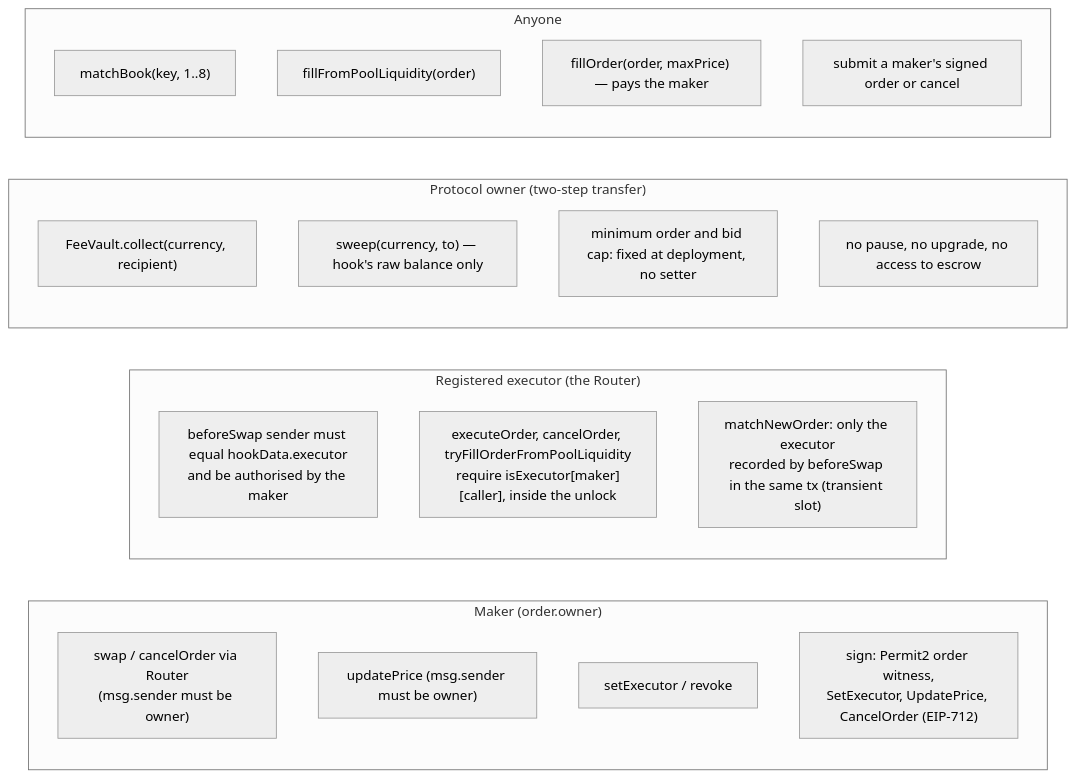
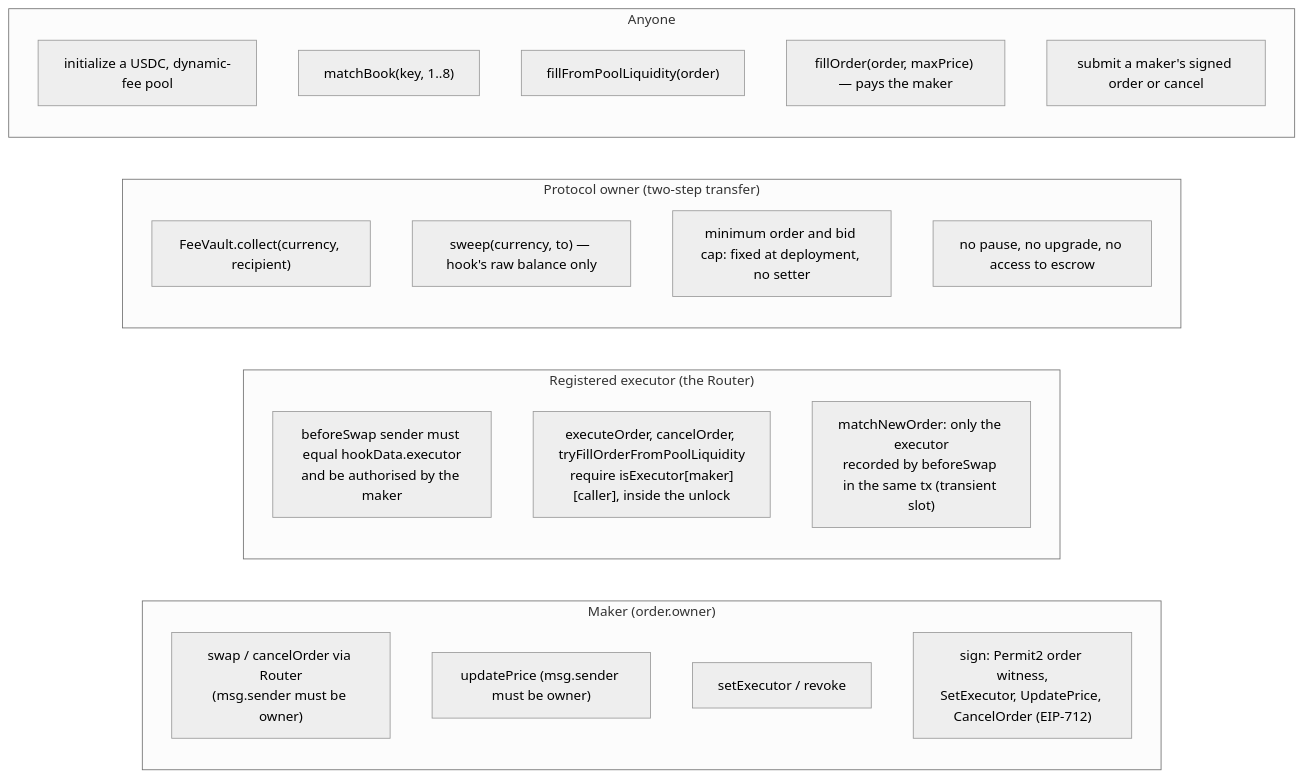
One commit to asyncswap/contracts changed the fourth of 5 diagrams in docs/protocol.md. Above: the diagram before and after it, drawn with Mermaid (neutral theme). The commit also changed other lines of this file and 5 other files, not shown here.

````diff
--- a/docs/protocol.md
+++ b/docs/protocol.md
@@ -223,26 +224,27 @@
 ```mermaid
 flowchart LR
     subgraph MakerRights["Maker (order.owner)"]
         m1["swap / cancelOrder via Router<br/>(msg.sender must be owner)"]
         m2["updatePrice (msg.sender must be owner)"]
         m3["setExecutor / revoke"]
         m4["sign: Permit2 order witness,<br/>SetExecutor, UpdatePrice, CancelOrder (EIP-712)"]
     end
     subgraph ExecutorRights["Registered executor (the Router)"]
         e1["beforeSwap sender must equal hookData.executor<br/>and be authorised by the maker"]
         e2["executeOrder, cancelOrder, tryFillOrderFromPoolLiquidity<br/>require isExecutor[maker][caller], inside the unlock"]
         e3["matchNewOrder: only the executor<br/>recorded by beforeSwap in the same tx (transient slot)"]
     end
     subgraph OwnerRights["Protocol owner (two-step transfer)"]
         o1["FeeVault.collect(currency, recipient)"]
         o2["sweep(currency, to) — hook's raw balance only"]
         o3["minimum order and bid cap: fixed at deployment, no setter"]
         o4["no pause, no upgrade, no access to escrow"]
     end
     subgraph Public["Anyone"]
+        p0["initialize a USDC, dynamic-fee pool"]
         p1["matchBook(key, 1..8)"]
         p2["fillFromPoolLiquidity(order)"]
         p3["fillOrder(order, maxPrice) — pays the maker"]
         p4["submit a maker's signed order or cancel"]
     end
 ```
````
